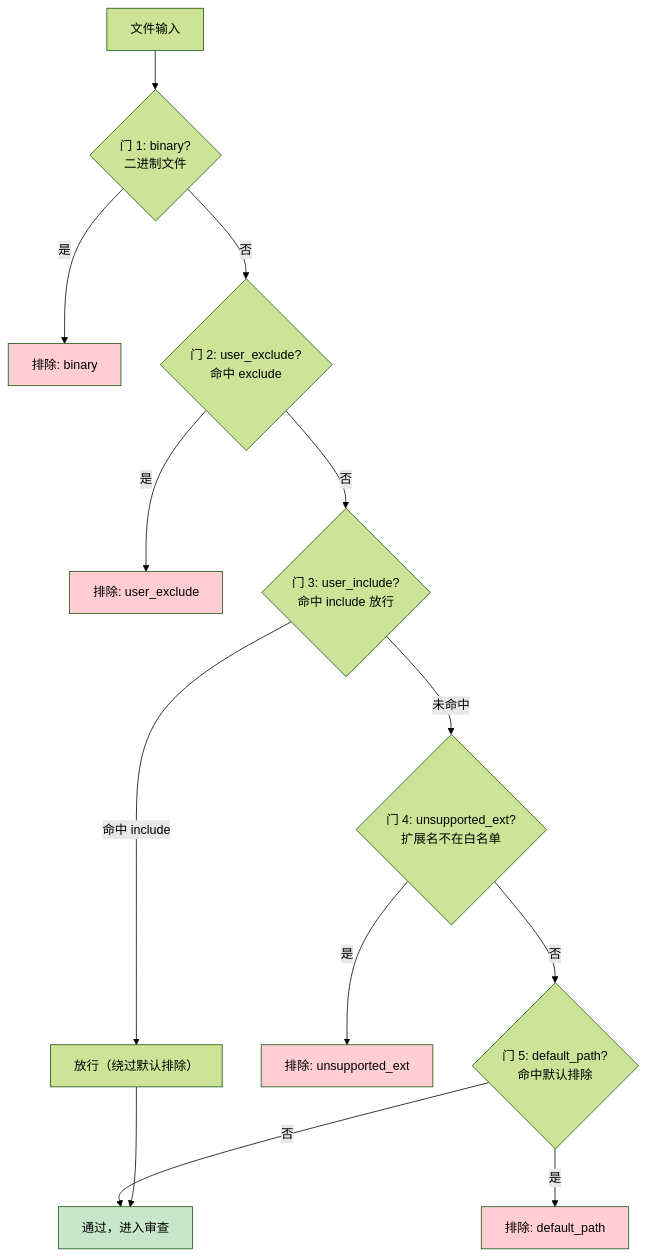
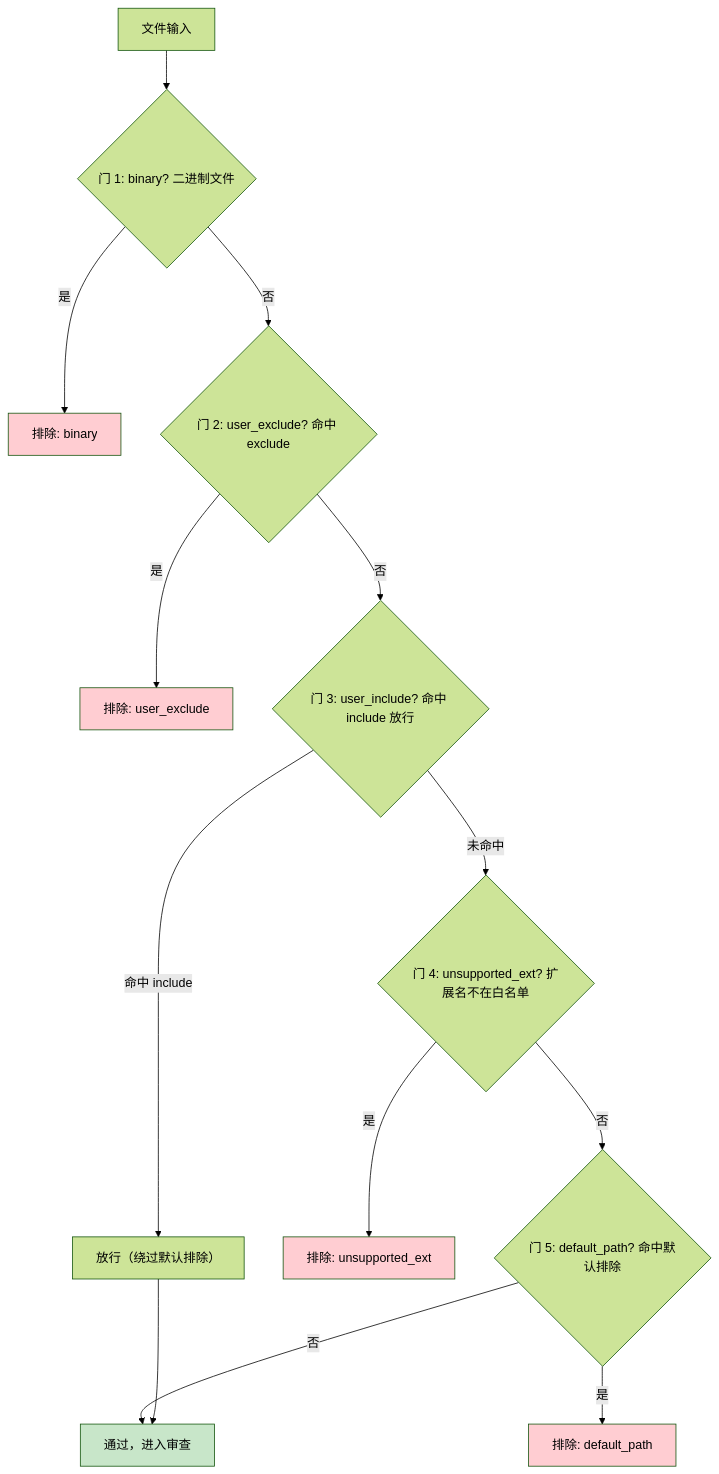
Before and after one commit to awesome-flexloop/awesome-okf: the third of 4 diagrams in doc/bundles/jishu/ai/products/open-code-review/concepts/04-review-rules.md, drawn with Mermaid (forest theme). The commit also changed other lines of this file and 10 other files, not shown here.

First line of the commit message:
docs(bundle): 清偿 Open Code Review 存量 Mermaid 违规避免规范漂移累积

````diff
--- a/doc/bundles/jishu/ai/products/open-code-review/concepts/04-review-rules.md
+++ b/doc/bundles/jishu/ai/products/open-code-review/concepts/04-review-rules.md
@@ -328,21 +321,20 @@
 ```mermaid
 flowchart TD
-    IN["文件输入"] --> G1{"门 1: binary?<br/>二进制文件"}
-    G1 -->|是| R1["排除: binary"]
-    G1 -->|否| G2{"门 2: user_exclude?<br/>命中 exclude"}
-    G2 -->|是| R2["排除: user_exclude"]
-    G2 -->|否| G3{"门 3: user_include?<br/>命中 include 放行"}
-    G3 -->|命中 include| PASS1["放行（绕过默认排除）"]
-    G3 -->|未命中| G4{"门 4: unsupported_ext?<br/>扩展名不在白名单"}
-    G4 -->|是| R4["排除: unsupported_ext"]
-    G4 -->|否| G5{"门 5: default_path?<br/>命中默认排除"}
-    G5 -->|是| R5["排除: default_path"]
-    G5 -->|否| OK["通过，进入审查"]
+    IN["文件输入"] --> G1{"门 1: binary? 二进制文件"}
+    G1 -->|"是"| R1["排除: binary"]
+    G1 -->|"否"| G2{"门 2: user_exclude? 命中 exclude"}
+    G2 -->|"是"| R2["排除: user_exclude"]
+    G2 -->|"否"| G3{"门 3: user_include? 命中 include 放行"}
+    G3 -->|"命中 include"| PASS1["放行（绕过默认排除）"]
+    G3 -->|"未命中"| G4{"门 4: unsupported_ext? 扩展名不在白名单"}
+    G4 -->|"是"| R4["排除: unsupported_ext"]
+    G4 -->|"否"| G5{"门 5: default_path? 命中默认排除"}
+    G5 -->|"是"| R5["排除: default_path"]
+    G5 -->|"否"| OK["通过，进入审查"]
     PASS1 --> OK
-
     style R1 fill:#ffcdd2
     style R2 fill:#ffcdd2
     style R4 fill:#ffcdd2
     style R5 fill:#ffcdd2
     style OK fill:#c8e6c9
 ```
````
